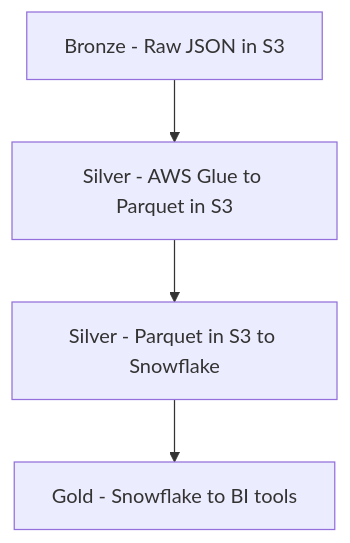
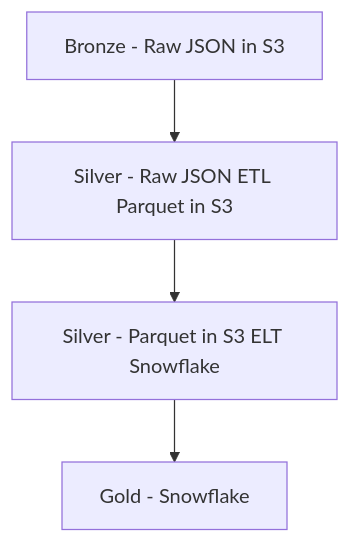
One commit to Sage-Bionetworks/snowflake changed the diagram in README.md. Above: the diagram before and after it, drawn with Mermaid. The commit also changed other lines of this file, not shown here.

Commit message:
Add in GENIE PoC instructions

````diff
--- a/README.md
+++ b/README.md
@@ -50,6 +50,6 @@
 ```mermaid
 graph TD;
-    A[Bronze - Raw JSON in S3]-->B[Silver - AWS Glue to Parquet in S3];
-    B-->C[Silver - Parquet in S3 to Snowflake];
-    C-->D[Gold - Snowflake to BI tools];
+    A[Bronze - Raw JSON in S3]-->B[Silver - Raw JSON ETL Parquet in S3];
+    B-->C[Silver - Parquet in S3 ELT Snowflake];
+    C-->D[Gold - Snowflake];
 ```
````
